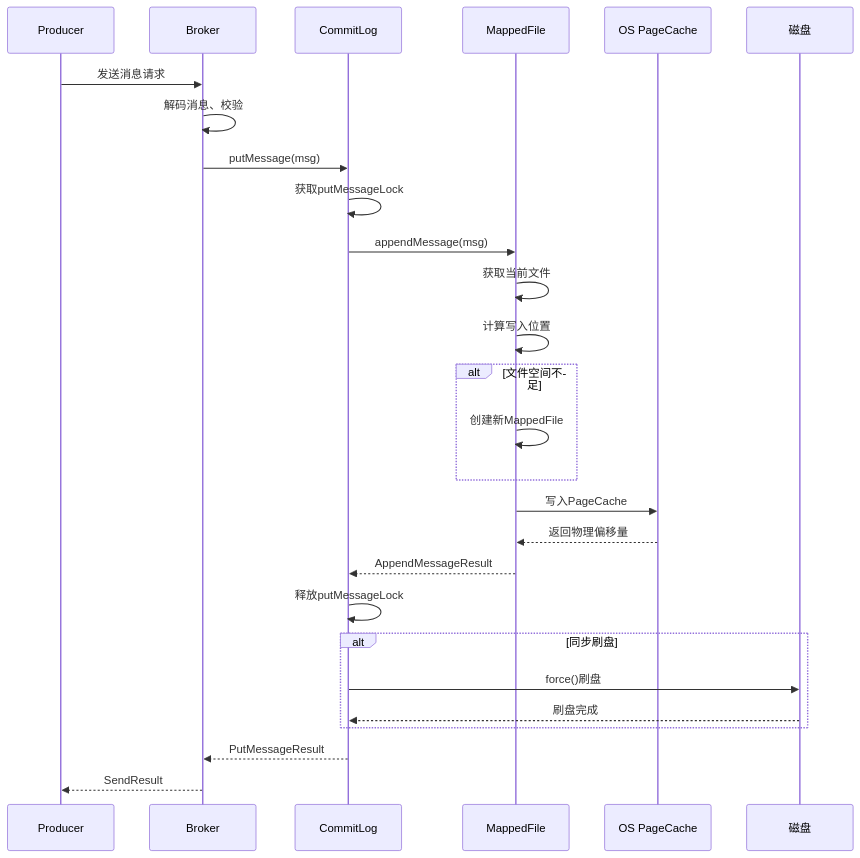
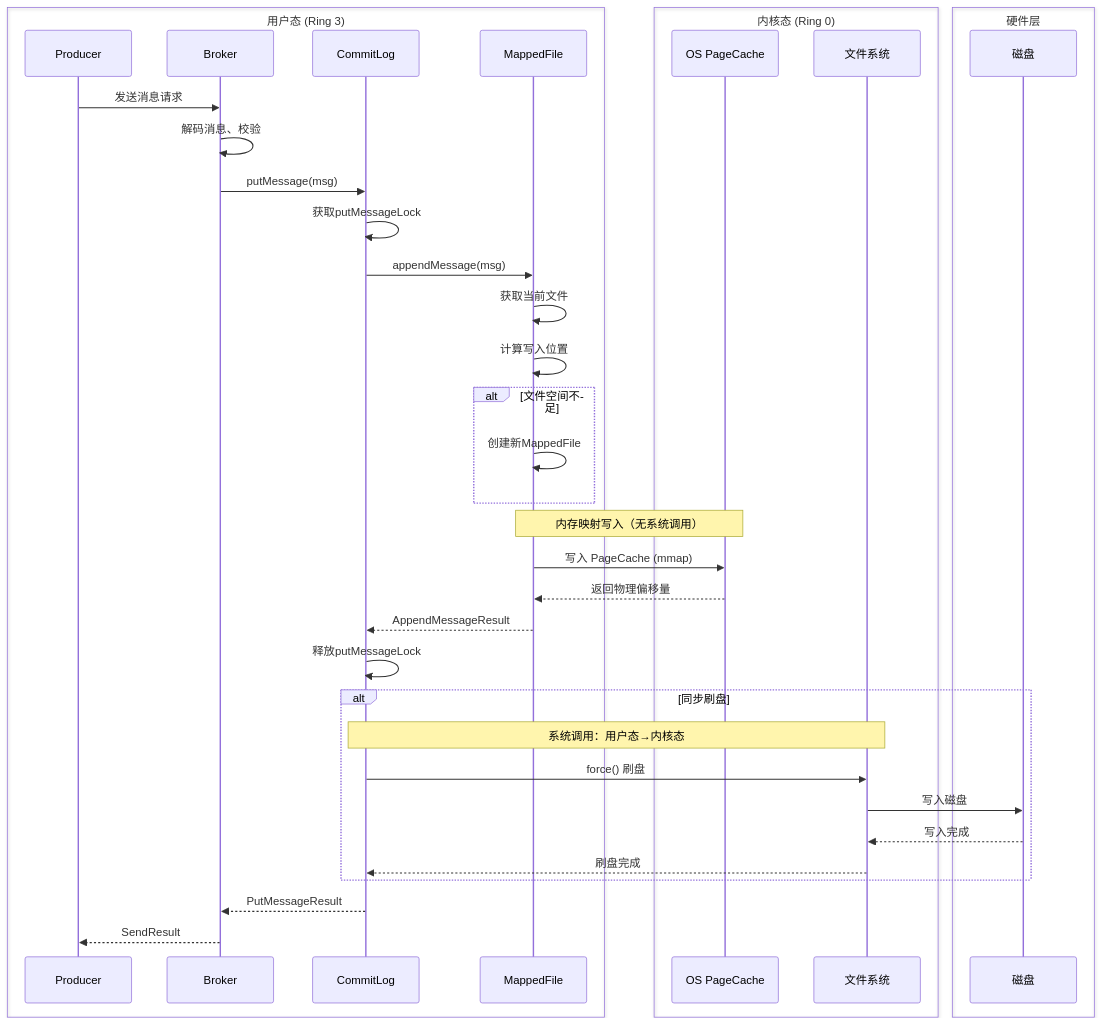
Before and after one commit to wilimm/rocketmq: the second of 10 diagrams in docs/RocketMQ技术架构/04-消息存储篇.md, drawn with Mermaid. The commit also changed other lines of this file and 12 other files, not shown here.

````diff
--- a/docs/RocketMQ技术架构/04-消息存储篇.md
+++ b/docs/RocketMQ技术架构/04-消息存储篇.md
@@ -112,37 +195,48 @@
 ```mermaid
 sequenceDiagram
-    participant P as Producer
-    participant B as Broker
-    participant CL as CommitLog
-    participant MF as MappedFile
-    participant OS as OS PageCache
-    participant Disk as 磁盘
+    box 用户态 (Ring 3)
+        participant P as Producer
+        participant B as Broker
+        participant CL as CommitLog
+        participant MF as MappedFile
+    end
+    box 内核态 (Ring 0)
+        participant OS as OS PageCache
+        participant FS as 文件系统
+    end
+    box 硬件层
+        participant Disk as 磁盘
+    end
 
     P->>B: 发送消息请求
     B->>B: 解码消息、校验
     
     B->>CL: putMessage(msg)
     CL->>CL: 获取putMessageLock
     
     CL->>MF: appendMessage(msg)
     MF->>MF: 获取当前文件
     MF->>MF: 计算写入位置
     
     alt 文件空间不足
         MF->>MF: 创建新MappedFile
     end
     
-    MF->>OS: 写入PageCache
+    Note over MF,OS: 内存映射写入（无系统调用）
+    MF->>OS: 写入 PageCache (mmap)
     OS-->>MF: 返回物理偏移量
     MF-->>CL: AppendMessageResult
     
     CL->>CL: 释放putMessageLock
     
     alt 同步刷盘
-        CL->>Disk: force()刷盘
-        Disk-->>CL: 刷盘完成
+        Note over CL,FS: 系统调用：用户态→内核态
+        CL->>FS: force() 刷盘
+        FS->>Disk: 写入磁盘
+        Disk-->>FS: 写入完成
+        FS-->>CL: 刷盘完成
     end
     
     CL-->>B: PutMessageResult
     B-->>P: SendResult
 ```
````
